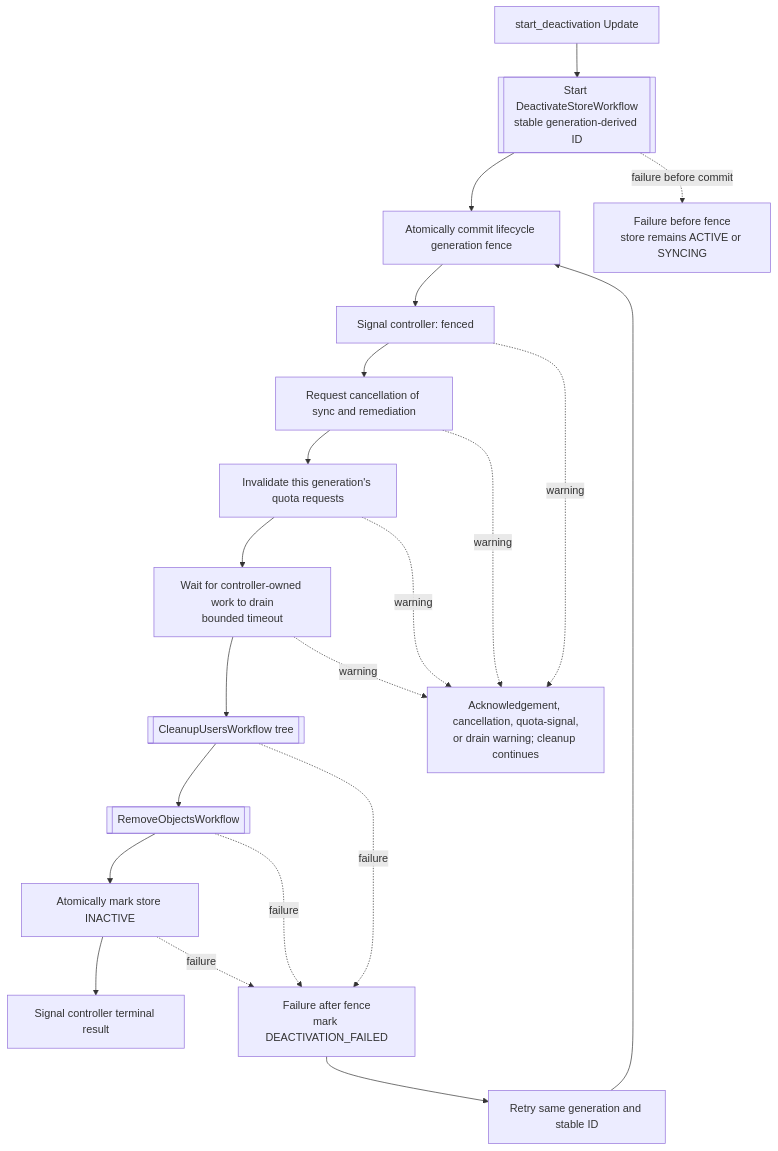
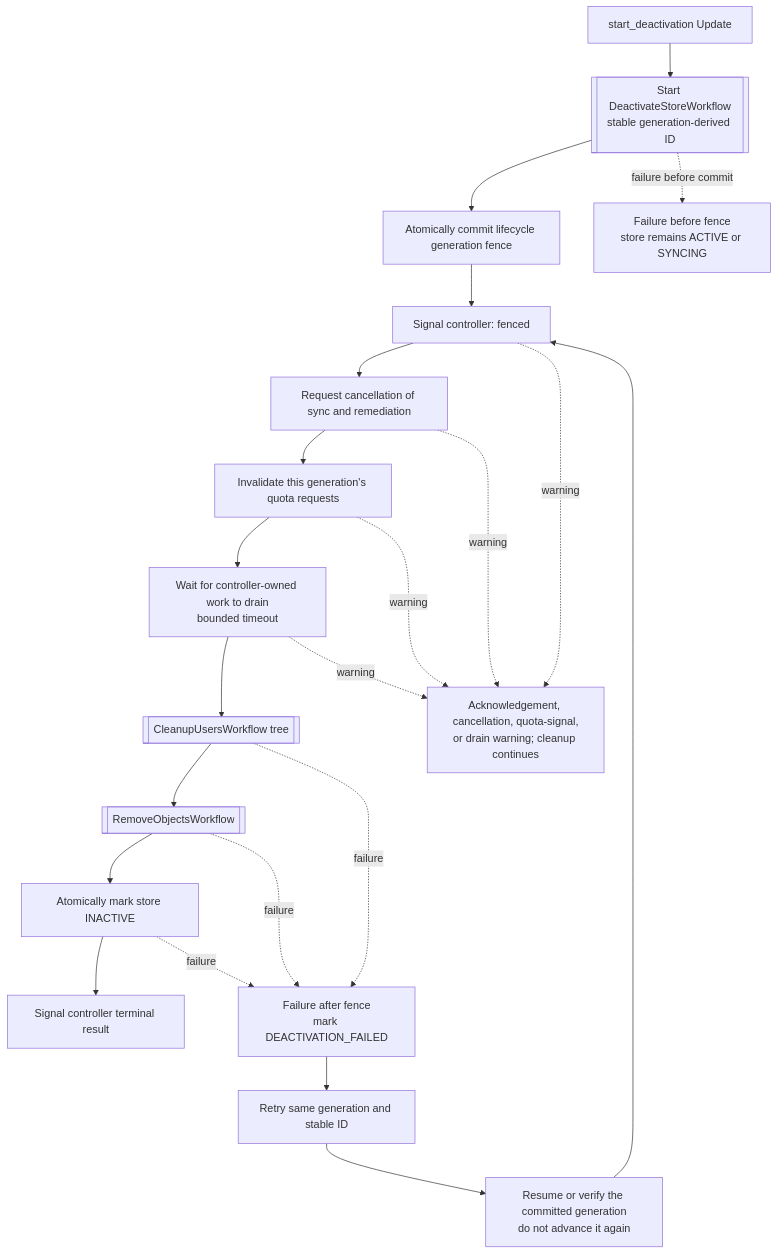
Before and after one commit to temporal-sa/golden-retriever: the seventh of 7 diagrams in docs/workflow-topology.md, drawn with Mermaid. The commit also changed other lines of this file and 9 other files, not shown here.

````diff
--- a/docs/workflow-topology.md
+++ b/docs/workflow-topology.md
@@ -232,29 +289,30 @@
 ```mermaid
 flowchart TB
     command["start_deactivation Update"]
     start[["Start DeactivateStoreWorkflow<br/>stable generation-derived ID"]]
     fence["Atomically commit lifecycle generation fence"]
     acknowledge["Signal controller: fenced"]
     cancel["Request cancellation of sync and remediation"]
     quota["Invalidate this generation's quota requests"]
     drain["Wait for controller-owned work to drain<br/>bounded timeout"]
     users[["CleanupUsersWorkflow tree"]]
     objects[["RemoveObjectsWorkflow"]]
     inactive["Atomically mark store INACTIVE"]
     terminal["Signal controller terminal result"]
     prefail["Failure before fence<br/>store remains ACTIVE or SYNCING"]
     postfail["Failure after fence<br/>mark DEACTIVATION_FAILED"]
     retry["Retry same generation and stable ID"]
+    resume["Resume or verify the committed generation<br/>do not advance it again"]
     partial["Acknowledgement, cancellation, quota-signal,<br/>or drain warning; cleanup continues"]
 
     command --> start --> fence --> acknowledge --> cancel --> quota --> drain --> users --> objects --> inactive --> terminal
     start -.->|"failure before commit"| prefail
     acknowledge -.->|"warning"| partial
     cancel -.->|"warning"| partial
     quota -.->|"warning"| partial
     drain -.->|"warning"| partial
     users -.->|"failure"| postfail
     objects -.->|"failure"| postfail
     inactive -.->|"failure"| postfail
-    postfail --> retry --> fence
+    postfail --> retry --> resume --> acknowledge
 ```
````
